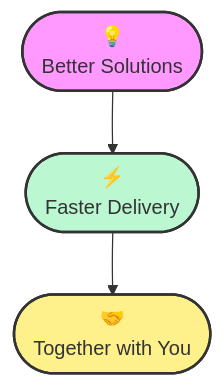
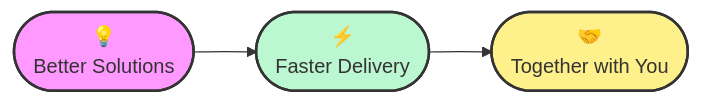
One commit to outsoarph/.github changed the diagram in profile/README.md. Above: the diagram before and after it, drawn with Mermaid.

Commit message:
Refactor mermaid diagram in README.md for improved flow and visual clarity

````diff
--- a/profile/README.md
+++ b/profile/README.md
@@ -7,13 +7,12 @@
 ```mermaid
-flowchart TD
+flowchart LR
     style A fill:#f9f,stroke:#333,stroke-width:2px,rx:10,ry:10
     style B fill:#bbf7d0,stroke:#333,stroke-width:2px,rx:10,ry:10
     style C fill:#fef08a,stroke:#333,stroke-width:2px,rx:10,ry:10
 
     A(["💡<br/>Better Solutions"])
     B(["⚡<br/>Faster Delivery"])
     C(["🤝<br/>Together with You"])
 
-    A --> B
-    B --> C
+    A --> B --> C
 ```
````
